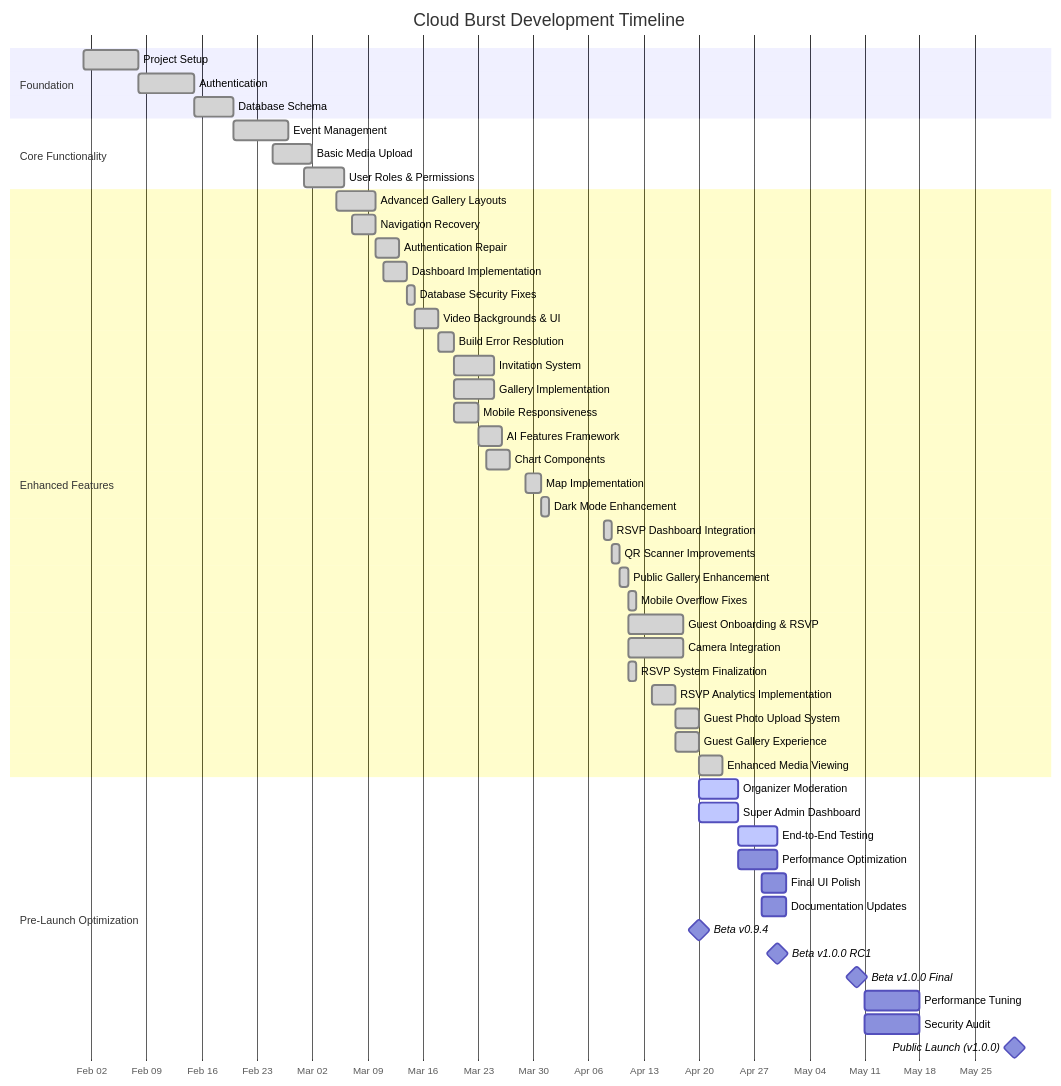
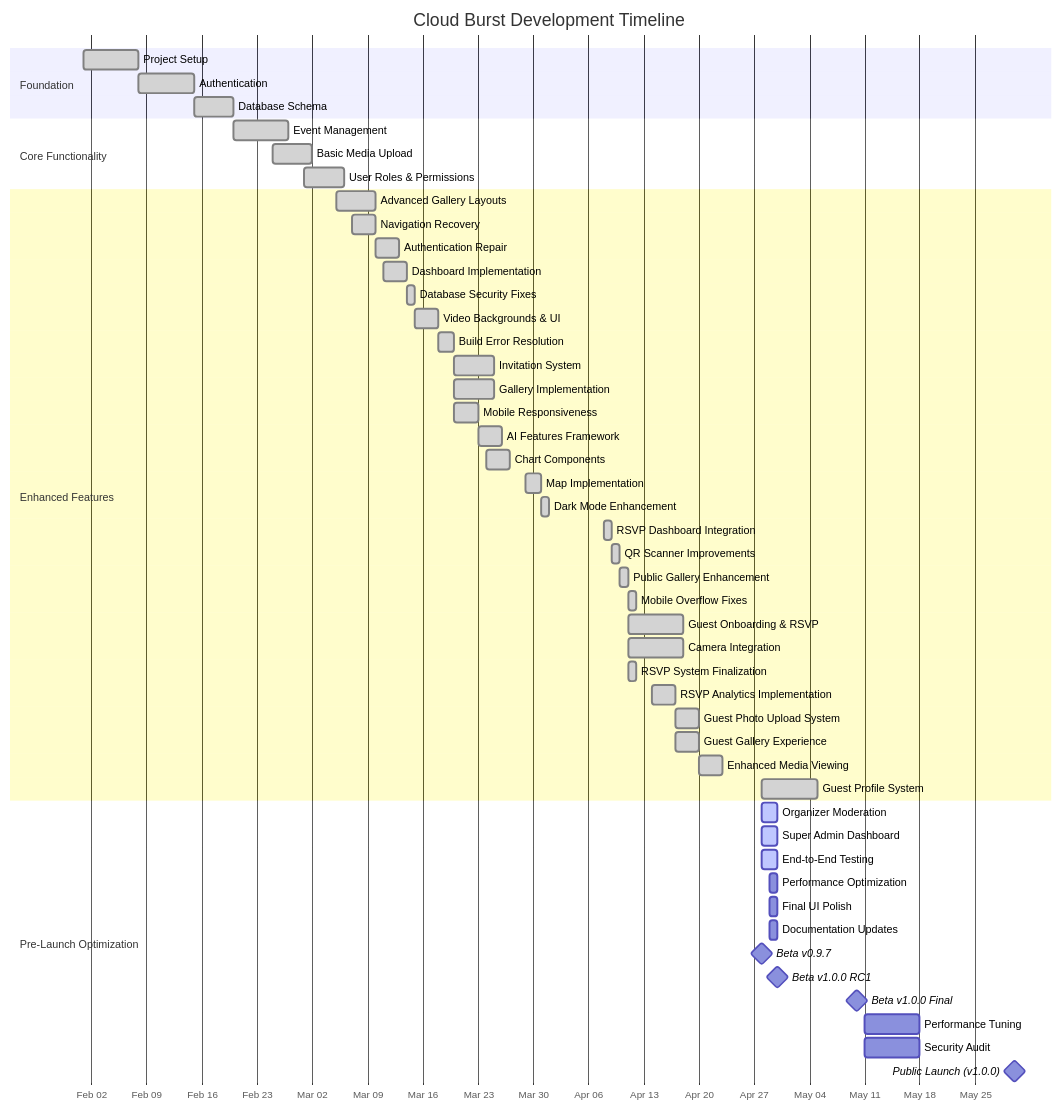
One commit to mrj0nesmtl/cloud-burst changed the first of 2 diagrams in docs/development/roadmap.md. Above: the diagram before and after it, drawn with Mermaid. The commit also changed other lines of this file and 38 other files, not shown here.

Commit message:
Update documentation for Session 45-B preparation, including token management system and email flow fixes

````diff
--- a/docs/development/roadmap.md
+++ b/docs/development/roadmap.md
@@ -181,57 +192,58 @@
 ```mermaid
 gantt
     title Cloud Burst Development Timeline
     dateFormat  YYYY-MM-DD
     axisFormat %b %d
     
     section Foundation
     Project Setup           :done, f1, 2025-02-01, 7d
     Authentication          :done, f2, 2025-02-08, 7d
     Database Schema         :done, f3, 2025-02-15, 5d
     
     section Core Functionality
     Event Management        :done, c1, 2025-02-20, 7d
     Basic Media Upload      :done, c2, 2025-02-25, 5d
     User Roles & Permissions:done, c3, 2025-03-01, 5d
     
     section Enhanced Features
     Advanced Gallery Layouts:done, e1, 2025-03-05, 5d
     Navigation Recovery     :done, e2, 2025-03-07, 3d
     Authentication Repair   :done, e3, 2025-03-10, 3d
     Dashboard Implementation:done, e4, 2025-03-11, 3d
     Database Security Fixes :done, e5, 2025-03-14, 1d
     Video Backgrounds & UI  :done, e6, 2025-03-15, 3d
     Build Error Resolution  :done, e7, 2025-03-18, 2d
     Invitation System       :done, e8, 2025-03-20, 5d
     Gallery Implementation  :done, e9, 2025-03-20, 5d
     Mobile Responsiveness   :done, e10, 2025-03-20, 3d
     AI Features Framework   :done, e11, 2025-03-23, 3d
     Chart Components        :done, e14, 2025-03-24, 3d
     Map Implementation      :done, e15, 2025-03-29, 2d
     Dark Mode Enhancement   :done, e16, 2025-03-31, 1d
     RSVP Dashboard Integration :done, e17, 2025-04-08, 1d
     QR Scanner Improvements :done, e18, 2025-04-09, 1d
     Public Gallery Enhancement :done, e19, 2025-04-10, 1d
     Mobile Overflow Fixes   :done, e20, 2025-04-11, 1d
     Guest Onboarding & RSVP :done, e21, 2025-04-11, 7d
     Camera Integration      :done, e22, 2025-04-11, 7d
     RSVP System Finalization:done, e23, 2025-04-11, 1d
     RSVP Analytics Implementation:done, e24, 2025-04-14, 3d
     Guest Photo Upload System:done, e25, 2025-04-17, 3d
     Guest Gallery Experience:done, e26, 2025-04-17, 3d
     Enhanced Media Viewing  :done, e27, 2025-04-20, 3d
+    Guest Profile System    :done, e28, 2025-04-28, 7d
     
     section Pre-Launch Optimization
-    Organizer Moderation    :active, om1, 2025-04-20, 5d
-    Super Admin Dashboard   :active, ad1, 2025-04-20, 5d
-    End-to-End Testing      :active, et1, 2025-04-25, 5d
-    Performance Optimization:po1, 2025-04-25, 5d
-    Final UI Polish         :ui1, 2025-04-28, 3d
-    Documentation Updates   :doc1, 2025-04-28, 3d
-    Beta v0.9.4             :milestone, b0c, 2025-04-20, 0d
+    Organizer Moderation    :active, om1, 2025-04-28, 2d
+    Super Admin Dashboard   :active, ad1, 2025-04-28, 2d
+    End-to-End Testing      :active, et1, 2025-04-28, 2d
+    Performance Optimization:po1, 2025-04-29, 1d
+    Final UI Polish         :ui1, 2025-04-29, 1d
+    Documentation Updates   :doc1, 2025-04-29, 1d
+    Beta v0.9.7             :milestone, b0c, 2025-04-28, 0d
     Beta v1.0.0 RC1         :milestone, b1, 2025-04-30, 0d
     Beta v1.0.0 Final       :milestone, b2, 2025-05-10, 0d
     Performance Tuning      :o1, 2025-05-11, 7d
     Security Audit          :o2, 2025-05-11, 7d
     Public Launch (v1.0.0)  :milestone, l3, 2025-05-30, 0d
 ```
````
